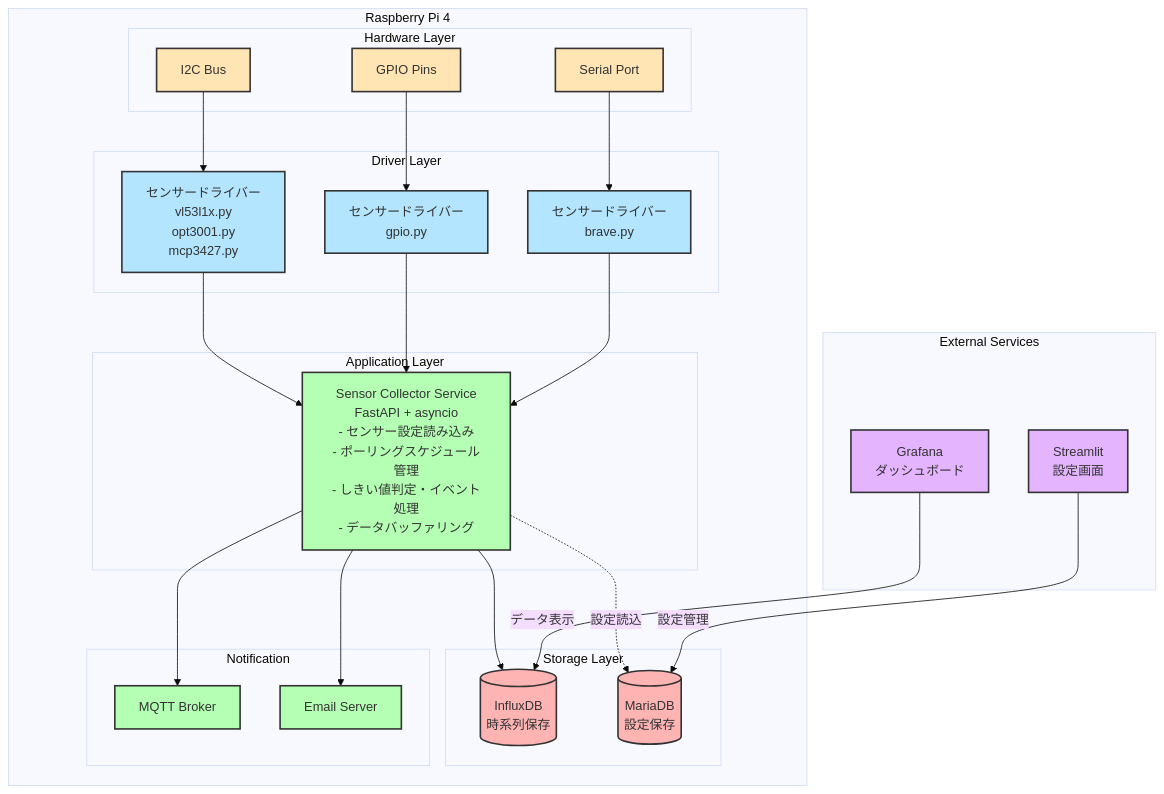
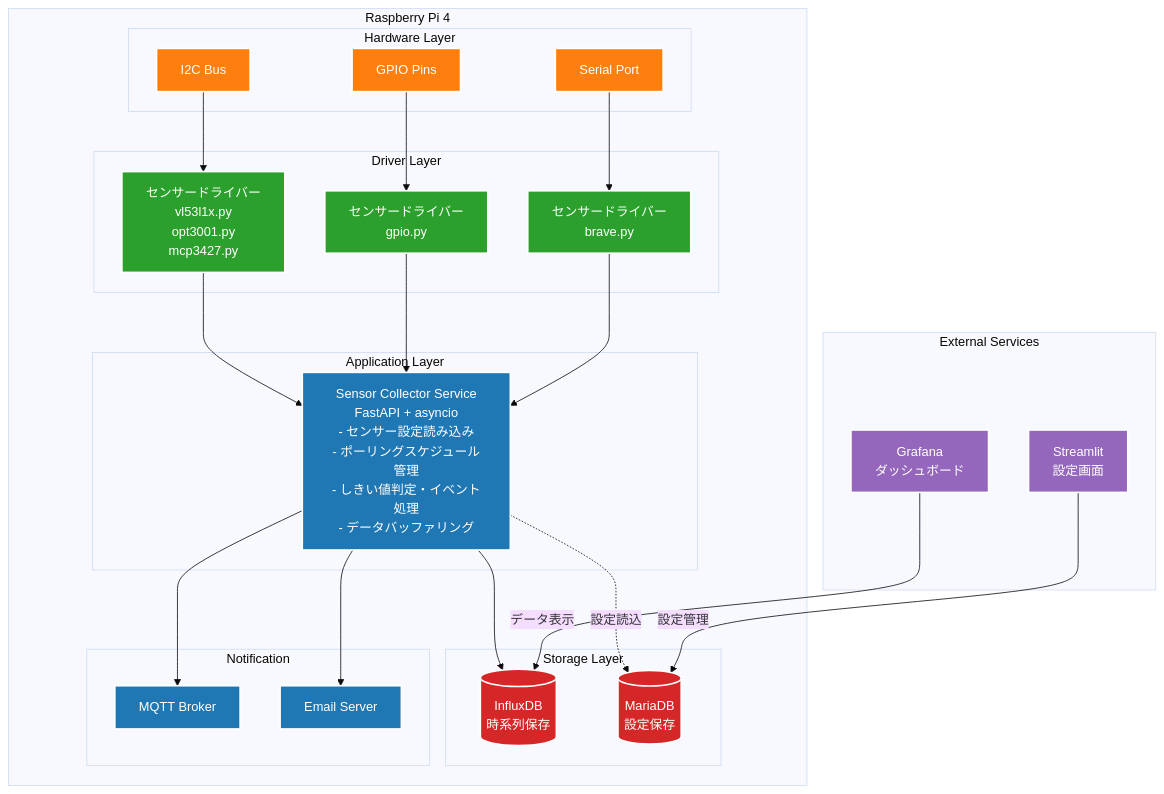
The first of 3 diagrams in docs/architecture/sensor-collection-architecture.md (w-pinkietech/iot4-copy), drawn with Mermaid (base theme) before and after one commit. The commit also changed other lines of this file, not shown here.

First line of the commit message:
docs: Improve Mermaid diagram colors for dark mode compatibility

````diff
--- a/docs/architecture/sensor-collection-architecture.md
+++ b/docs/architecture/sensor-collection-architecture.md
@@ -23,68 +23,68 @@
 ```mermaid
 graph TB
     subgraph "Raspberry Pi 4"
         subgraph "Hardware Layer"
             I2C[I2C Bus]
             GPIO[GPIO Pins]
             Serial[Serial Port]
         end
         
         subgraph "Driver Layer"
             I2CDriver[センサードライバー<br/>vl53l1x.py<br/>opt3001.py<br/>mcp3427.py]
             GPIODriver[センサードライバー<br/>gpio.py]
             SerialDriver[センサードライバー<br/>brave.py]
         end
         
         subgraph "Application Layer"
             Collector[Sensor Collector Service<br/>FastAPI + asyncio<br/>- センサー設定読み込み<br/>- ポーリングスケジュール管理<br/>- しきい値判定・イベント処理<br/>- データバッファリング]
         end
         
         subgraph "Storage Layer"
             InfluxDB[(InfluxDB<br/>時系列保存)]
             MariaDB[(MariaDB<br/>設定保存)]
         end
         
         subgraph "Notification"
             MQTT[MQTT Broker]
             Email[Email Server]
         end
     end
     
     subgraph "External Services"
         Streamlit[Streamlit<br/>設定画面]
         Grafana[Grafana<br/>ダッシュボード]
     end
     
     %% Hardware to Driver connections
     I2C --> I2CDriver
     GPIO --> GPIODriver
     Serial --> SerialDriver
     
     %% Driver to Collector connections
     I2CDriver --> Collector
     GPIODriver --> Collector
     SerialDriver --> Collector
     
     %% Collector to Storage/Notification
     Collector --> InfluxDB
     Collector --> MQTT
     Collector --> Email
     Collector -.->|設定読込| MariaDB
     
     %% External Service connections
     Streamlit -->|設定管理| MariaDB
     Grafana -->|データ表示| InfluxDB
     
     %% Styling
-    classDef hardware fill:#FFE5B4,stroke:#333,stroke-width:2px
-    classDef driver fill:#B4E5FF,stroke:#333,stroke-width:2px
-    classDef service fill:#B4FFB4,stroke:#333,stroke-width:2px
-    classDef storage fill:#FFB4B4,stroke:#333,stroke-width:2px
-    classDef external fill:#E5B4FF,stroke:#333,stroke-width:2px
+    classDef hardware fill:#ff7f0e,stroke:#fff,stroke-width:2px,color:#fff
+    classDef driver fill:#2ca02c,stroke:#fff,stroke-width:2px,color:#fff
+    classDef service fill:#1f77b4,stroke:#fff,stroke-width:2px,color:#fff
+    classDef storage fill:#d62728,stroke:#fff,stroke-width:2px,color:#fff
+    classDef external fill:#9467bd,stroke:#fff,stroke-width:2px,color:#fff
     
     class I2C,GPIO,Serial hardware
     class I2CDriver,GPIODriver,SerialDriver driver
     class Collector,MQTT,Email service
     class InfluxDB,MariaDB storage
     class Streamlit,Grafana external
 ```
````
